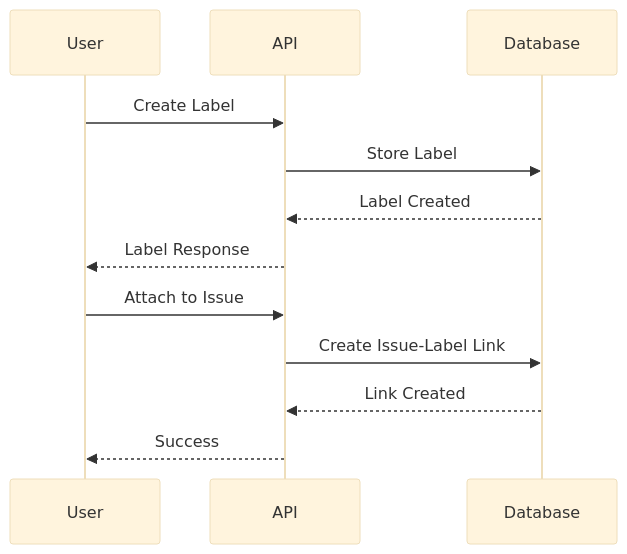
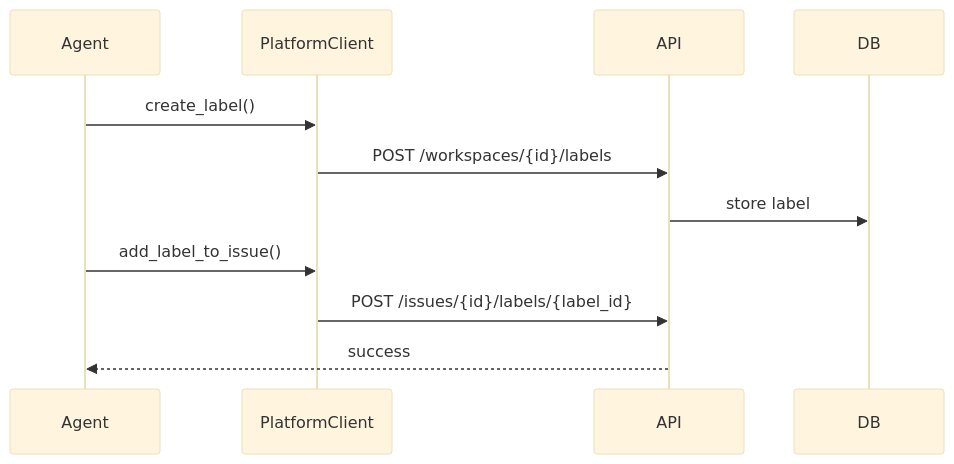
One commit to MervinPraison/PraisonAIDocs changed the second of 2 diagrams in docs/features/platform-labels.mdx. Above: the diagram before and after it, drawn with Mermaid (base theme). The commit also changed other lines of this file and 4 other files, not shown here.

````diff
--- a/docs/features/platform-labels.mdx
+++ b/docs/features/platform-labels.mdx
@@ -78,16 +101,14 @@
 ```mermaid
 sequenceDiagram
-    participant User
+    participant Agent
+    participant SDK as PlatformClient
     participant API
-    participant Database
-    
-    User->>API: Create Label
-    API->>Database: Store Label
-    Database-->>API: Label Created
-    API-->>User: Label Response
-    
-    User->>API: Attach to Issue
-    API->>Database: Create Issue-Label Link
-    Database-->>API: Link Created
-    API-->>User: Success
+    participant DB
+
+    Agent->>SDK: create_label()
+    SDK->>API: POST /workspaces/{id}/labels
+    API->>DB: store label
+    Agent->>SDK: add_label_to_issue()
+    SDK->>API: POST /issues/{id}/labels/{label_id}
+    API-->>Agent: success
 ```
````
